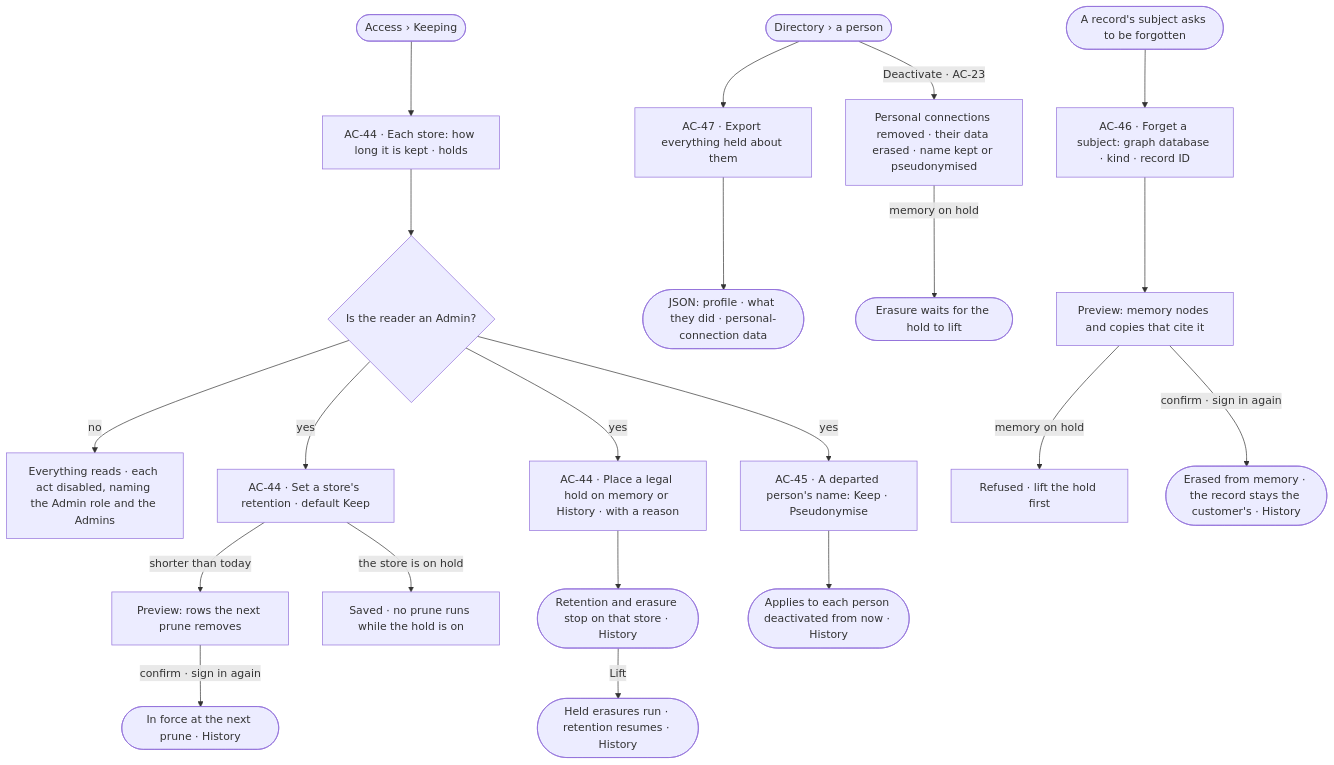
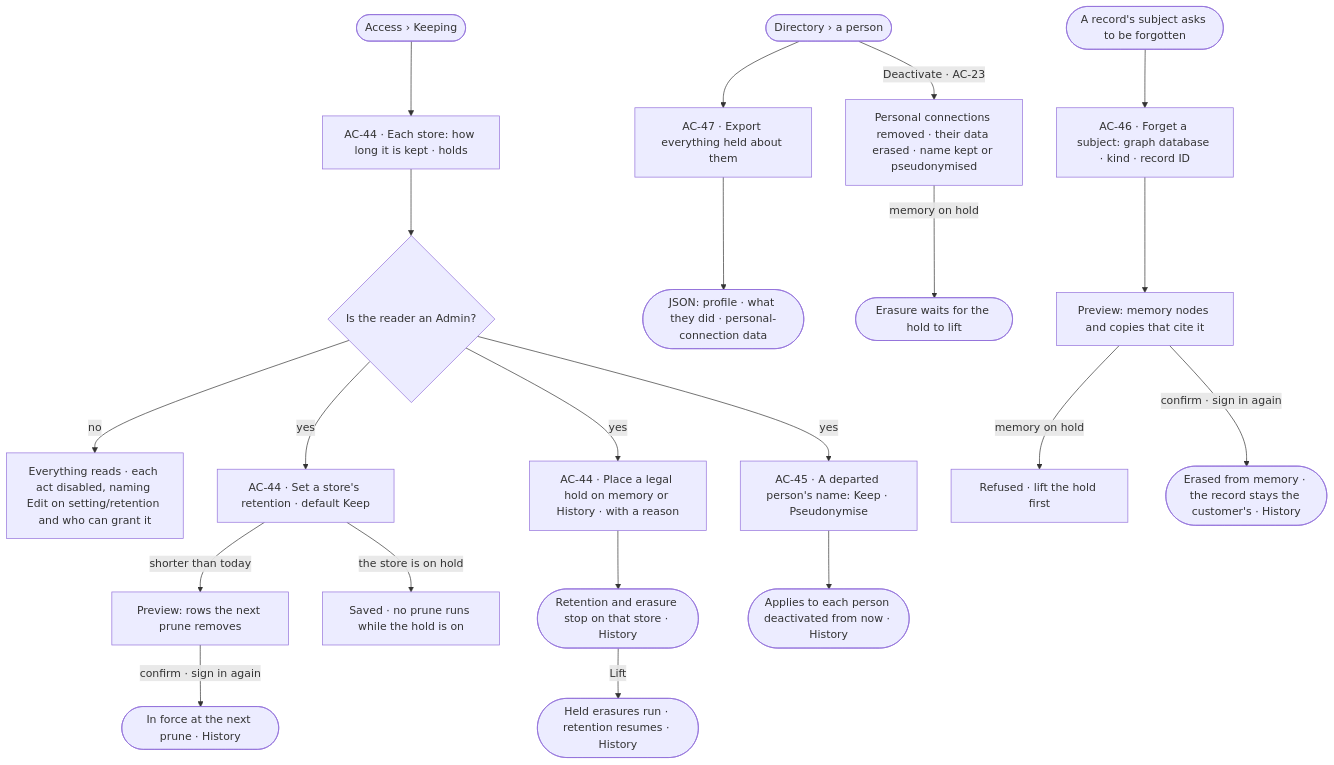
Before and after one commit to invana/invana: the first of 2 diagrams in specs/os/access/features/AC-F12-leaving-and-keeping/feature.md, drawn with Mermaid. The commit also changed other lines of this file and 236 other files, not shown here.

First line of the commit message:
docs(specs): grant by permission, not role, across access and records

````diff
--- a/specs/os/access/features/AC-F12-leaving-and-keeping/feature.md
+++ b/specs/os/access/features/AC-F12-leaving-and-keeping/feature.md
@@ -27,23 +27,23 @@
 ```mermaid
 flowchart TD
   start([Access › Keeping]) --> view["AC-44 · Each store: how long it is kept · holds"]
   view --> who{"Is the reader an Admin?"}
-  who -->|no| ro["Everything reads · each act disabled, naming the Admin role and the Admins"]
+  who -->|no| ro["Everything reads · each act disabled, naming Edit on setting/retention and who can grant it"]
   who -->|yes| ret["AC-44 · Set a store's retention · default Keep"]
   ret -->|shorter than today| prev["Preview: rows the next prune removes"]
   prev -->|confirm · sign in again| saved(["In force at the next prune · History"])
   ret -->|the store is on hold| held["Saved · no prune runs while the hold is on"]
   who -->|yes| hold["AC-44 · Place a legal hold on memory or History · with a reason"]
   hold --> hsaved(["Retention and erasure stop on that store · History"])
   hsaved -->|Lift| lift(["Held erasures run · retention resumes · History"])
   who -->|yes| names["AC-45 · A departed person's name: Keep · Pseudonymise"]
   names --> nsaved(["Applies to each person deactivated from now · History"])
   dir([Directory › a person]) --> exp["AC-47 · Export everything held about them"]
   exp --> json(["JSON: profile · what they did · personal-connection data"])
   dir -->|Deactivate · AC-23| leave["Personal connections removed · their data erased · name kept or pseudonymised"]
   leave -->|memory on hold| wait(["Erasure waits for the hold to lift"])
   rec([A record's subject asks to be forgotten]) --> fg["AC-46 · Forget a subject: graph database · kind · record ID"]
   fg --> fprev["Preview: memory nodes and copies that cite it"]
   fprev -->|memory on hold| fr["Refused · lift the hold first"]
   fprev -->|confirm · sign in again| fdone(["Erased from memory · the record stays the customer's · History"])
 ```
````
